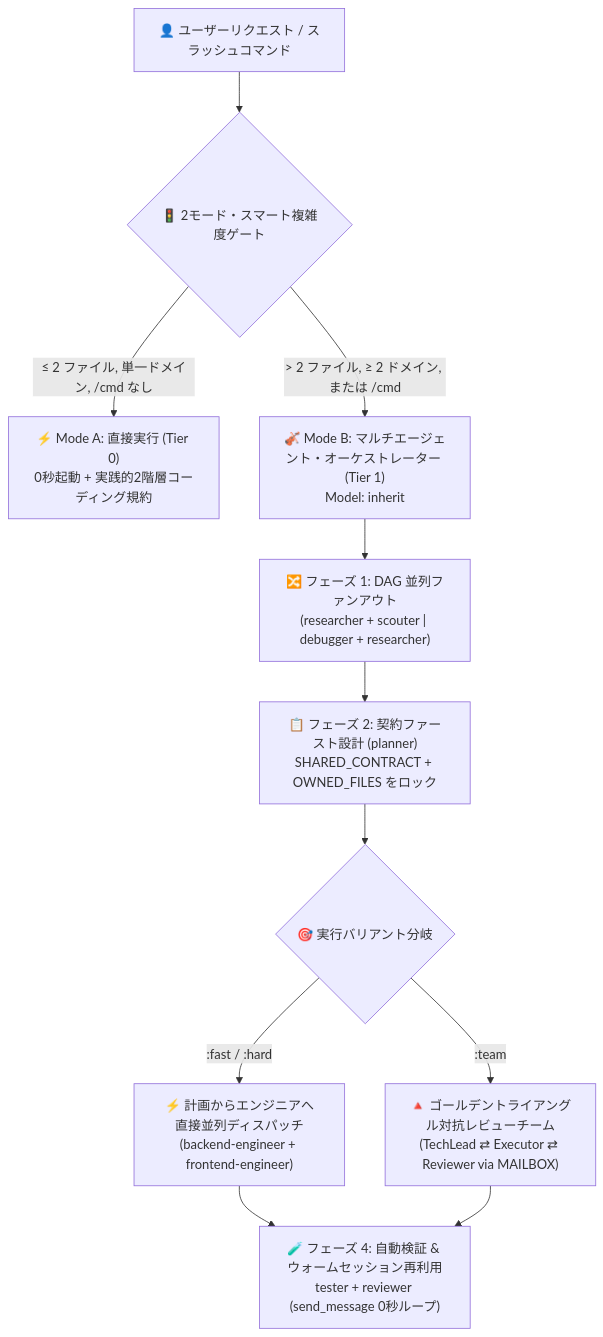
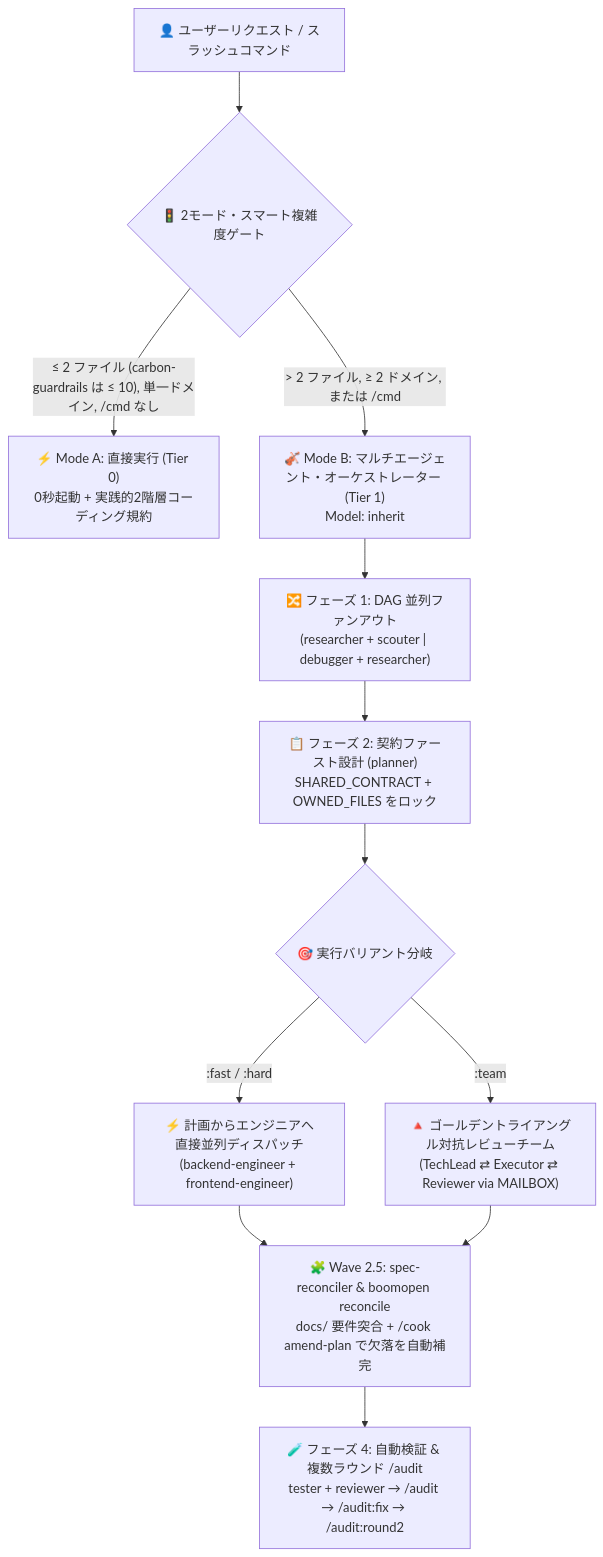
One commit to Kennyboom/BoomOpen-Workflow-Kit-Pro changed the diagram in i18n/README.ja.md. Above: the diagram before and after it, drawn with Mermaid. The commit also changed other lines of this file and 17 other files, not shown here.

Commit message:
docs(i18n): sync all 17 READMEs with v5.5 reconcile, /audit, carbon-guardrails & overnight /goal prompt

````diff
--- a/i18n/README.ja.md
+++ b/i18n/README.ja.md
@@ -49,16 +49,17 @@
 ```mermaid
 flowchart TD
     User["👤 ユーザーリクエスト / スラッシュコマンド"] --> Gate{"🚦 2モード・スマート複雑度ゲート"}
-    Gate -->|"≤ 2 ファイル, 単一ドメイン, /cmd なし"| ModeA["⚡ Mode A: 直接実行 (Tier 0)<br/>0秒起動 + 実践的2階層コーディング規約"]
+    Gate -->|"≤ 2 ファイル (carbon-guardrails は ≤ 10), 単一ドメイン, /cmd なし"| ModeA["⚡ Mode A: 直接実行 (Tier 0)<br/>0秒起動 + 実践的2階層コーディング規約"]
     Gate -->|"> 2 ファイル, ≥ 2 ドメイン, または /cmd"| ModeB["🎻 Mode B: マルチエージェント・オーケストレーター (Tier 1)<br/>Model: inherit"]
 
     ModeB --> FanOut["🔀 フェーズ 1: DAG 並列ファンアウト<br/>(researcher + scouter | debugger + researcher)"]
     FanOut --> Plan["📋 フェーズ 2: 契約ファースト設計 (planner)<br/>SHARED_CONTRACT + OWNED_FILES をロック"]
     Plan --> Dispatch{"🎯 実行バリアント分岐"}
 
     Dispatch -->|":fast / :hard"| Direct["⚡ 計画からエンジニアへ直接並列ディスパッチ<br/>(backend-engineer + frontend-engineer)"]
     Dispatch -->|":team"| Triangle["🔺 ゴールデントライアングル対抗レビューチーム<br/>(TechLead ⇄ Executor ⇄ Reviewer via MAILBOX)"]
 
-    Direct --> Verify["🧪 フェーズ 4: 自動検証 & ウォームセッション再利用<br/>tester + reviewer (send_message 0秒ループ)"]
-    Triangle --> Verify
+    Direct --> Reconcile["🧩 Wave 2.5: spec-reconciler & boomopen reconcile<br/>docs/ 要件突合 + /cook amend-plan で欠落を自動補完"]
+    Triangle --> Reconcile
+    Reconcile --> Verify["🧪 フェーズ 4: 自動検証 & 複数ラウンド /audit<br/>tester + reviewer → /audit → /audit:fix → /audit:round2"]
 ```
````
